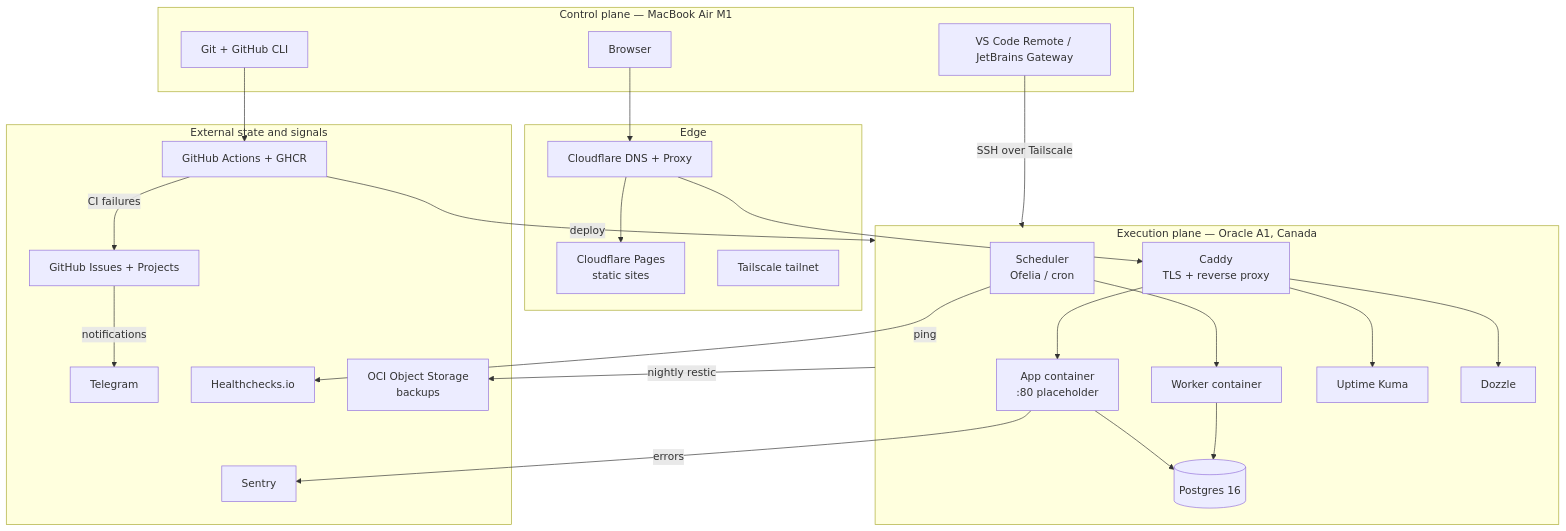
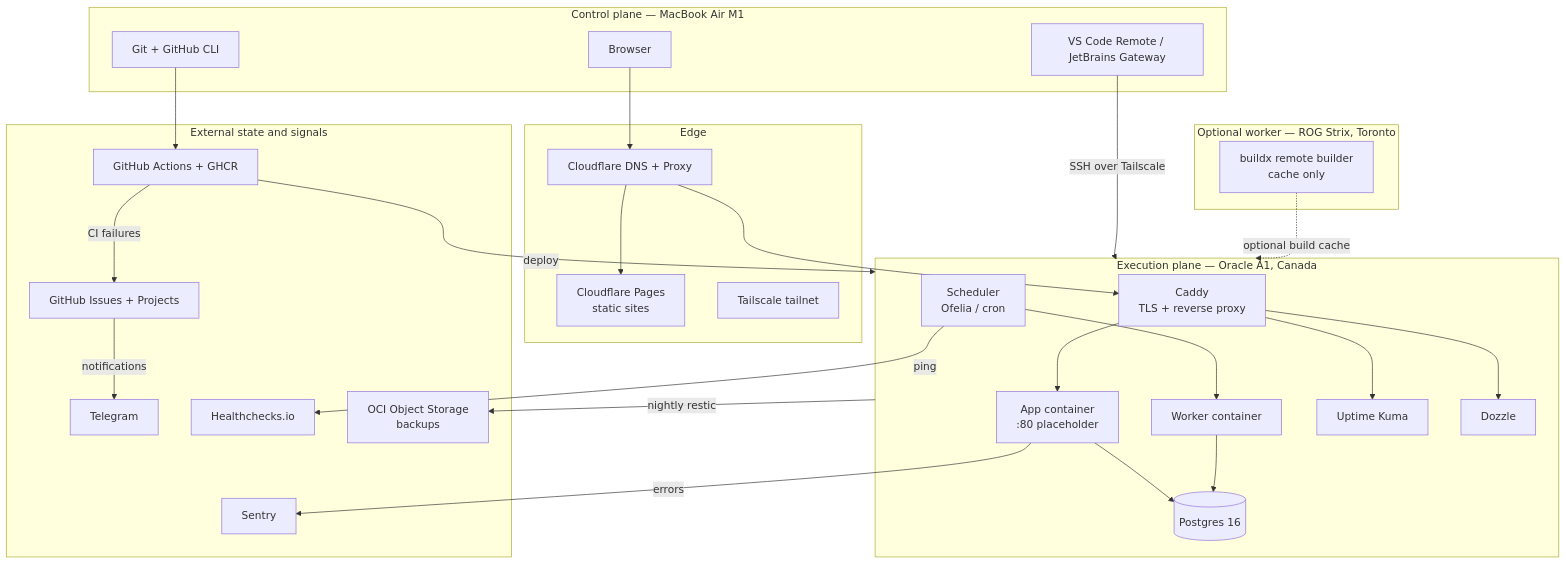
Before and after one commit to KshitijV97/dev-platform: the first of 2 diagrams in docs/architecture.md, drawn with Mermaid. The commit also changed other lines of this file and 27 other files, not shown here.

First line of the commit message:
feat: iterations, tracker escape hatch, and optional ROG worker

````diff
--- a/docs/architecture.md
+++ b/docs/architecture.md
@@ -9,51 +9,56 @@
 ```mermaid
 flowchart TB
   subgraph Client["Control plane — MacBook Air M1"]
     Editor["VS Code Remote / JetBrains Gateway"]
     Browser["Browser"]
     Git["Git + GitHub CLI"]
   end
 
   subgraph Edge["Edge"]
     CF["Cloudflare DNS + Proxy"]
     Pages["Cloudflare Pages<br/>static sites"]
     TS["Tailscale tailnet"]
   end
 
   subgraph Oracle["Execution plane — Oracle A1, Canada"]
     Caddy["Caddy<br/>TLS + reverse proxy"]
     App["App container<br/>:80 placeholder"]
     Worker["Worker container"]
     PG[("Postgres 16")]
     Kuma["Uptime Kuma"]
     Dozzle["Dozzle"]
     Cron["Scheduler<br/>Ofelia / cron"]
   end
 
   subgraph External["External state and signals"]
     GH["GitHub Actions + GHCR"]
     Tracker["GitHub Issues + Projects"]
     TG["Telegram"]
     HC["Healthchecks.io"]
     Sentry["Sentry"]
     Obj["OCI Object Storage<br/>backups"]
   end
 
+  subgraph Optional["Optional worker — ROG Strix, Toronto"]
+    Buildx["buildx remote builder<br/>cache only"]
+  end
+
   Editor -->|SSH over Tailscale| Oracle
   Browser --> CF
   CF --> Caddy
   CF --> Pages
   Git --> GH
   GH -->|deploy| Oracle
   GH -->|CI failures| Tracker
   Tracker -->|notifications| TG
   Caddy --> App
   Caddy --> Kuma
   Caddy --> Dozzle
   App --> PG
   Worker --> PG
   Cron --> Worker
   Cron -->|ping| HC
   App -->|errors| Sentry
   Oracle -->|nightly restic| Obj
+  Buildx -.->|optional build cache| Oracle
 ```
````
